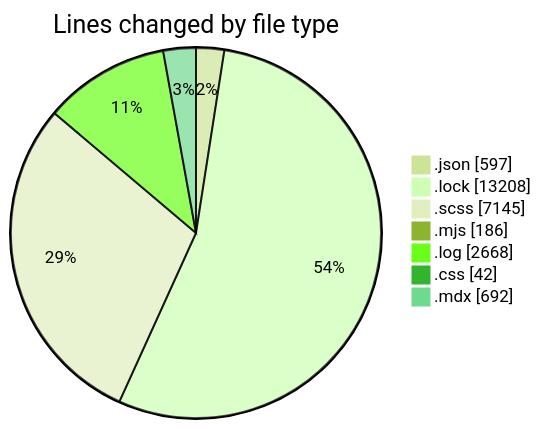
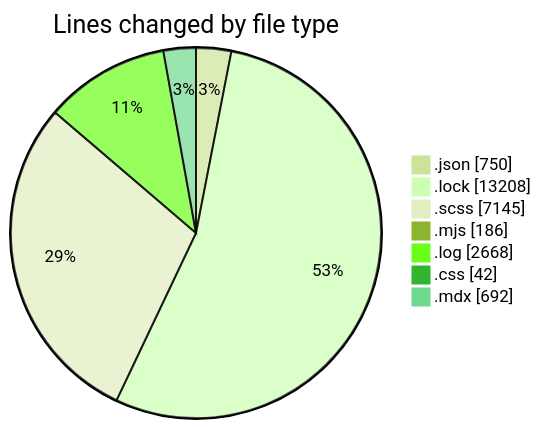
One commit to momahboobian/code-tracking changed the first of 2 diagrams in 2026-01-26/cda/README.md. Above: the diagram before and after it, drawn with Mermaid (forest theme). The commit also changed other lines of this file and 1 other file, not shown here.

````diff
--- a/2026-01-26/cda/README.md
+++ b/2026-01-26/cda/README.md
@@ -42,11 +43,11 @@
 ```mermaid
 pie showData
 title Lines changed by file type
-".json" : 597
+".json" : 750
 ".lock" : 13208
 ".scss" : 7145
 ".mjs" : 186
 ".log" : 2668
 ".css" : 42
 ".mdx" : 692
 ```
````
